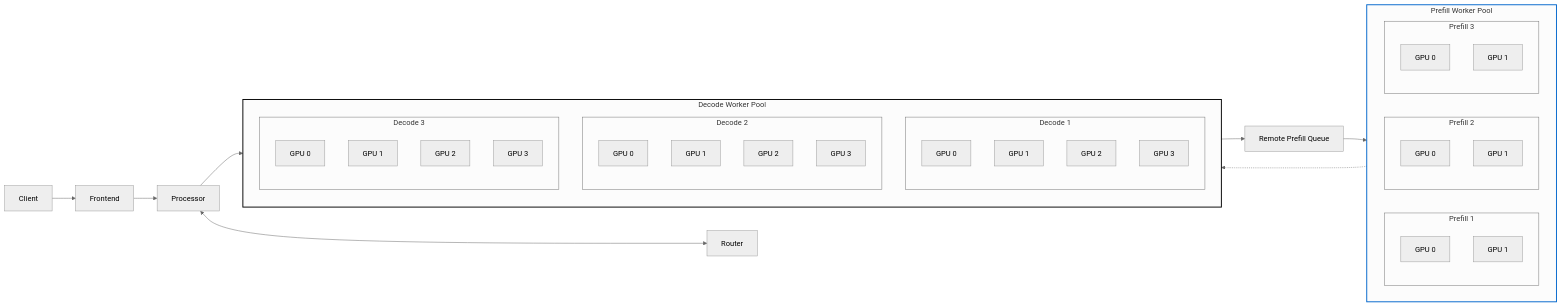
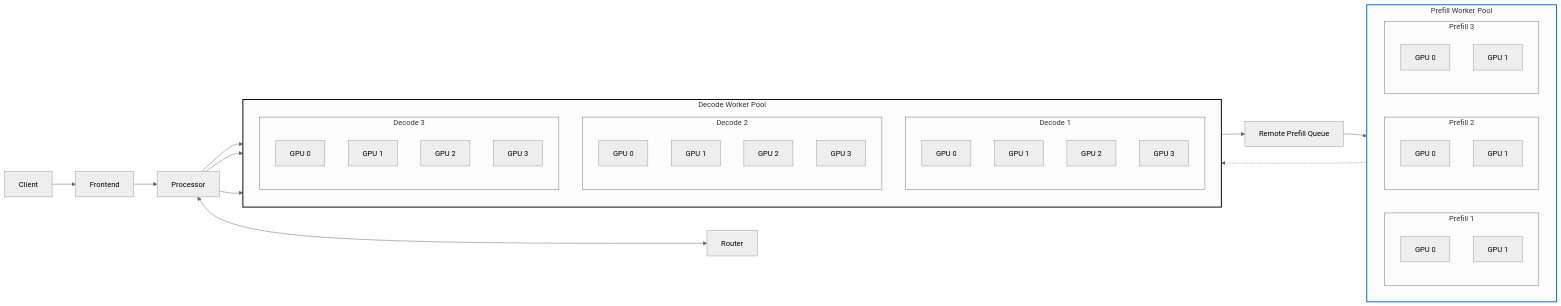
Before and after one commit to ai-dynamo/enhancements: the third of 3 diagrams in deps/NNNN-fault-tolerance.md, drawn with Mermaid (neutral theme).

````diff
--- a/deps/NNNN-fault-tolerance.md
+++ b/deps/NNNN-fault-tolerance.md
@@ -363,70 +363,73 @@
 ```mermaid
 graph LR
     Client["Client"]
     Frontend["Frontend"]
     Router["Router"]
     Processor["Processor"]
     PrefillQueue["Remote Prefill Queue"]
 
     Client --> Frontend
     Frontend --> Processor
     Processor <--> Router
 
     %% Prefill Worker Pool (horizontal layout)
     subgraph PrefillPool["Prefill Worker Pool"]
         direction LR
         subgraph Prefill1["Prefill 1"]
             direction TB
             P1GPU0["GPU 0"]
             P1GPU1["GPU 1"]
         end
         subgraph Prefill2["Prefill 2"]
             direction TB
             P2GPU0["GPU 0"]
             P2GPU1["GPU 1"]
         end
         subgraph Prefill3["Prefill 3"]
             direction TB
             P3GPU0["GPU 0"]
             P3GPU1["GPU 1"]
         end
     end
 
     %% Decode Worker Pool (vertical layout)
     subgraph DecodePool["Decode Worker Pool"]
         direction TB
         subgraph Decode1["Decode 1"]
             direction TB
             D1GPU0["GPU 0"]
             D1GPU1["GPU 1"]
             D1GPU2["GPU 2"]
             D1GPU3["GPU 3"]
         end
         subgraph Decode2["Decode 2"]
             direction TB
             D2GPU0["GPU 0"]
             D2GPU1["GPU 1"]
             D2GPU2["GPU 2"]
             D2GPU3["GPU 3"]
         end
         subgraph Decode3["Decode 3"]
             direction TB
             D3GPU0["GPU 0"]
             D3GPU1["GPU 1"]
             D3GPU2["GPU 2"]
             D3GPU3["GPU 3"]
         end
     end
 
     %% Connections
     Processor --> Decode1
+    Processor --> Decode2
+	Processor --> Decode3
+	
 
 	PrefillQueue --> PrefillPool
     DecodePool --> PrefillQueue
     PrefillPool -.-> DecodePool
 	
 
     %% Styling
     style PrefillPool stroke:#0066cc,stroke-width:2px
     style DecodePool stroke:#000,stroke-width:2px
 ```
````
